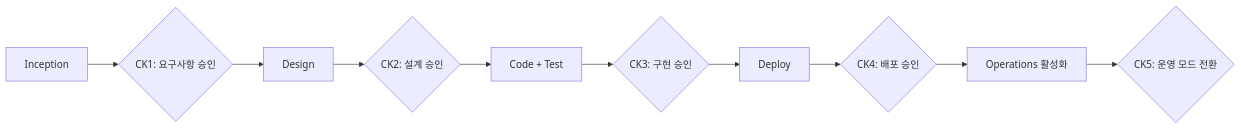
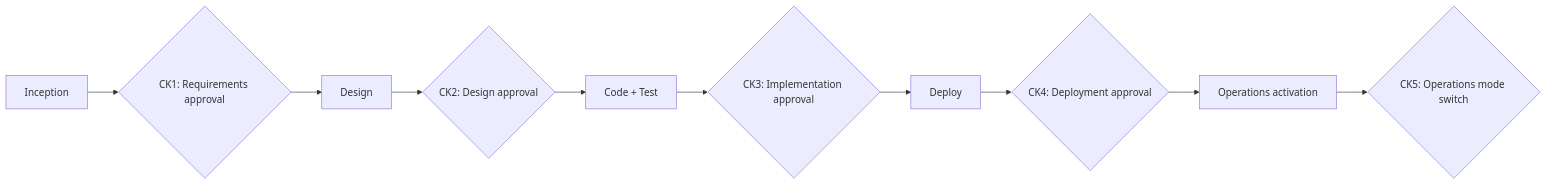
The first of 2 diagrams in docs/docs/tier-0-workflows.md (devfloor9/sample-oh-my-aidlcops), drawn with Mermaid before and after one commit. The commit also changed other lines of this file and 44 other files, not shown here.

````diff
--- a/docs/docs/tier-0-workflows.md
+++ b/docs/docs/tier-0-workflows.md
@@ -45,12 +45,12 @@
 ```mermaid
 flowchart LR
-    I[Inception] --> CK1{CK1: 요구사항 승인}
+    I[Inception] --> CK1{CK1: Requirements approval}
     CK1 --> D[Design]
-    D --> CK2{CK2: 설계 승인}
+    D --> CK2{CK2: Design approval}
     CK2 --> C[Code + Test]
-    C --> CK3{CK3: 구현 승인}
+    C --> CK3{CK3: Implementation approval}
     CK3 --> DP[Deploy]
-    DP --> CK4{CK4: 배포 승인}
-    CK4 --> OP[Operations 활성화]
-    OP --> CK5{CK5: 운영 모드 전환}
+    DP --> CK4{CK4: Deployment approval}
+    CK4 --> OP[Operations activation]
+    OP --> CK5{CK5: Operations mode switch}
 ```
````
